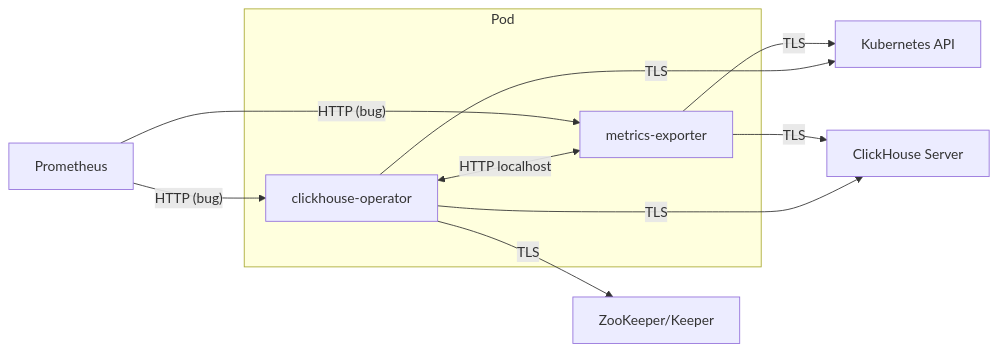
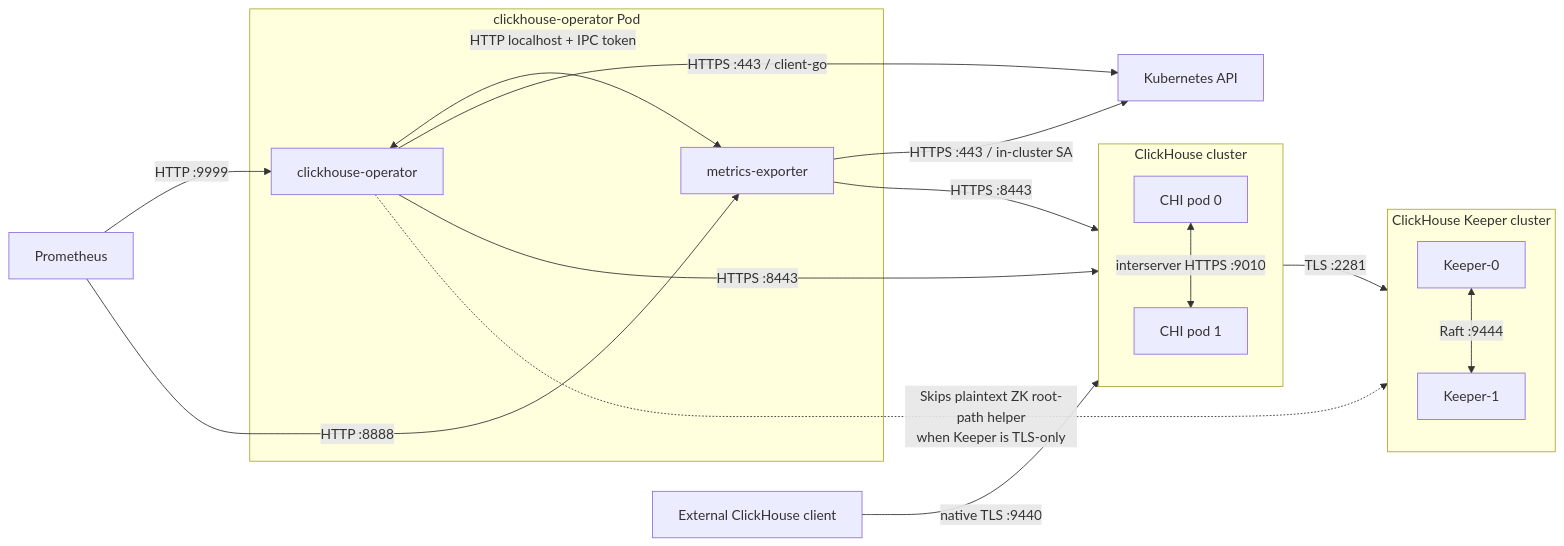
Before and after one commit to Elmo33/clickhouse-operator: the diagram in tests/requirements/fips_test_plan.md, drawn with Mermaid. The commit also changed other lines of this file and 4 other files, not shown here.

````diff
--- a/tests/requirements/fips_test_plan.md
+++ b/tests/requirements/fips_test_plan.md
@@ -44,22 +44,48 @@
 ```mermaid
 flowchart LR
-    subgraph pod["Pod"]
+
+    subgraph operator_pod["clickhouse-operator Pod"]
         op["clickhouse-operator"]
         me["metrics-exporter"]
-        op <-->|"HTTP localhost"| me
+
+        op <-->|"HTTP localhost + IPC token"| me
     end
 
     k8s["Kubernetes API"]
-    ch["ClickHouse Server"]
-    zk["ZooKeeper/Keeper"]
     prom["Prometheus"]
+    ext["External ClickHouse client"]
 
-    op -->|"TLS"| k8s
-    op -->|"TLS"| ch
-    op -->|"TLS"| zk
-    prom -->|"HTTP (bug)"| op
+    subgraph ch_cluster["ClickHouse cluster"]
+        ch0["CHI pod 0"]
+        ch1["CHI pod 1"]
 
-    me -->|"TLS"| k8s
-    me -->|"TLS"| ch
-    prom -->|"HTTP (bug)"| me
+        ch0 <-->|"interserver HTTPS :9010"| ch1
+    end
+
+    subgraph keeper["ClickHouse Keeper cluster"]
+        k0["Keeper-0"]
+        k1["Keeper-1"]
+
+        k0 <-->|"Raft :9444"| k1
+    end
+
+    %% Kubernetes
+    op -->|"HTTPS :443 / client-go"| k8s
+    me -->|"HTTPS :443 / in-cluster SA"| k8s
+
+    %% ClickHouse cluster
+    op -->|"HTTPS :8443"| ch_cluster
+    me -->|"HTTPS :8443"| ch_cluster
+
+    %% External access
+    ext -->|"native TLS :9440"| ch_cluster
+
+    %% Keeper
+    ch_cluster -->|"TLS :2281"| keeper
+
+    op -.->|"Skips plaintext ZK root-path helper\nwhen Keeper is TLS-only"| keeper
+
+    %% Monitoring
+    prom -->|"HTTP :9999"| op
+    prom -->|"HTTP :8888"| me
 ```
````
